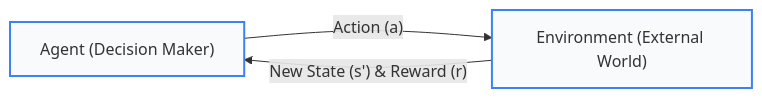
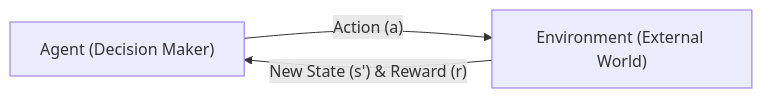
Before and after one commit to vettrivel-kl/vettrivel-kl.github.io: the diagram in docs/Machine-Learning-Algorithms/01-foundations/04-reinforcement-learning.mdx, drawn with Mermaid. The commit also changed 51 other files, not shown here.

````diff
--- a/docs/Machine-Learning-Algorithms/01-foundations/04-reinforcement-learning.mdx
+++ b/docs/Machine-Learning-Algorithms/01-foundations/04-reinforcement-learning.mdx
@@ -104,12 +104,8 @@
 ```mermaid
 flowchart LR
-    classDef box fill:#f8fafc,stroke:#3b82f6,stroke-width:2px;
-
     Agent["Agent (Decision Maker)"]
     Env["Environment (External World)"]
 
     Agent -- "Action (a)" --> Env
     Env -- "New State (s') & Reward (r)" --> Agent
-
-    class Agent,Env box;
 ```
````
